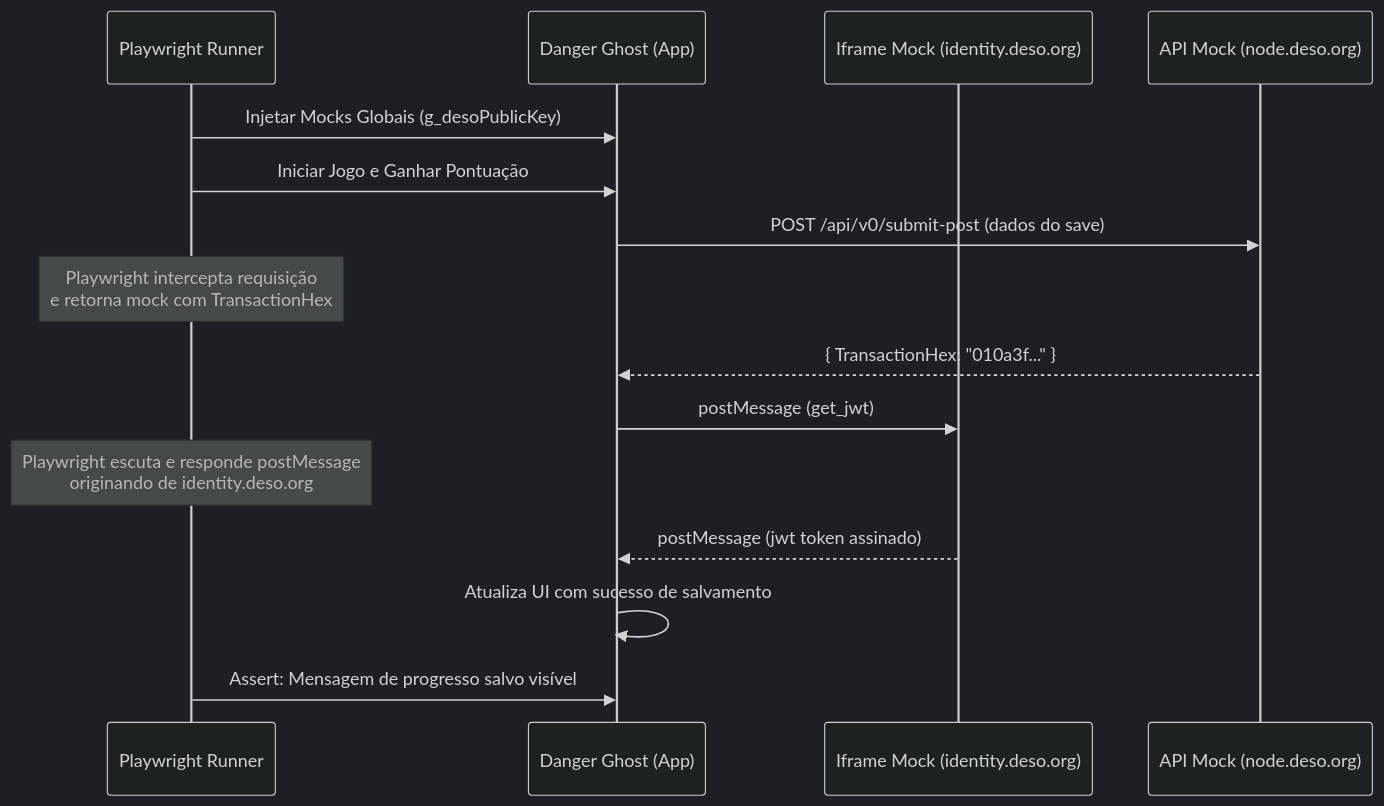
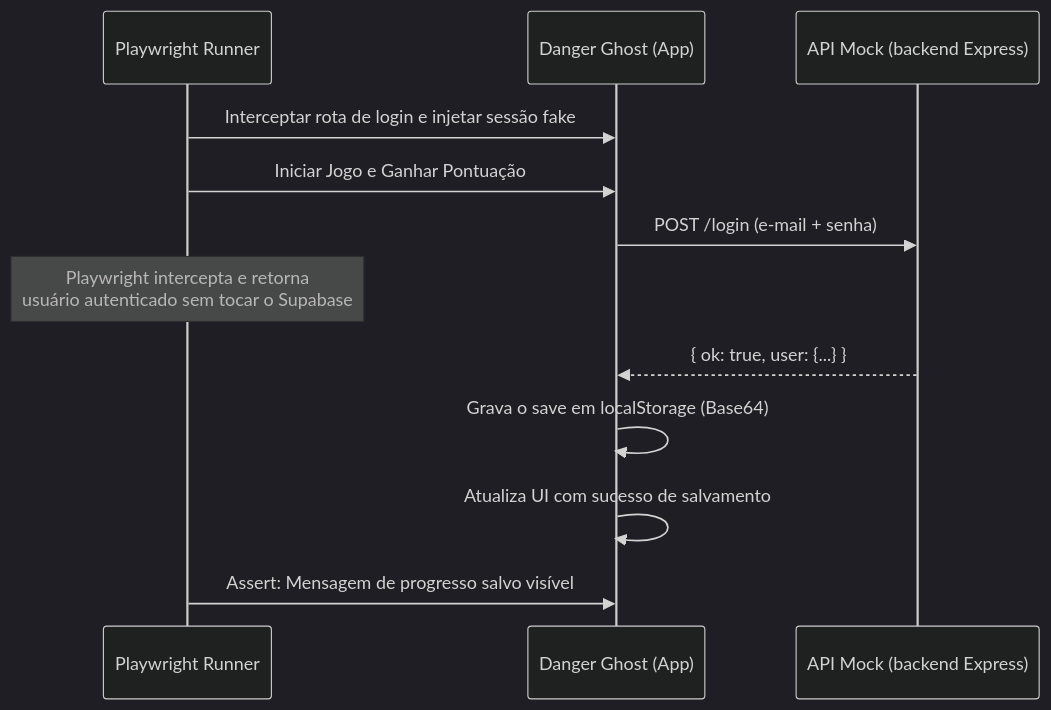
Before and after one commit to becopro/danger-ghost: the diagram in skills/qa_automation.md, drawn with Mermaid (dark theme). The commit also changed other lines of this file and 88 other files, not shown here.

````diff
--- a/skills/qa_automation.md
+++ b/skills/qa_automation.md
@@ -22,18 +22,15 @@
 ```mermaid
 sequenceDiagram
     participant Test as Playwright Runner
     participant App as Danger Ghost (App)
-    participant Iframe as Iframe Mock (identity.deso.org)
-    participant API as API Mock (node.deso.org)
+    participant API as API Mock (backend Express)
 
-    Test->>App: Injetar Mocks Globais (g_desoPublicKey)
+    Test->>App: Interceptar rota de login e injetar sessão fake
     Test->>App: Iniciar Jogo e Ganhar Pontuação
-    App->>API: POST /api/v0/submit-post (dados do save)
-    Note over Test: Playwright intercepta requisição<br/>e retorna mock com TransactionHex
-    API-->>App: { TransactionHex: "010a3f..." }
-    App->>Iframe: postMessage (get_jwt)
-    Note over Test: Playwright escuta e responde postMessage<br/>originando de identity.deso.org
-    Iframe-->>App: postMessage (jwt token assinado)
+    App->>API: POST /login (e-mail + senha)
+    Note over Test: Playwright intercepta e retorna<br/>usuário autenticado sem tocar o Supabase
+    API-->>App: { ok: true, user: {...} }
+    App->>App: Grava o save em localStorage (Base64)
     App->>App: Atualiza UI com sucesso de salvamento
     Test->>App: Assert: Mensagem de progresso salvo visível
 ```
````
